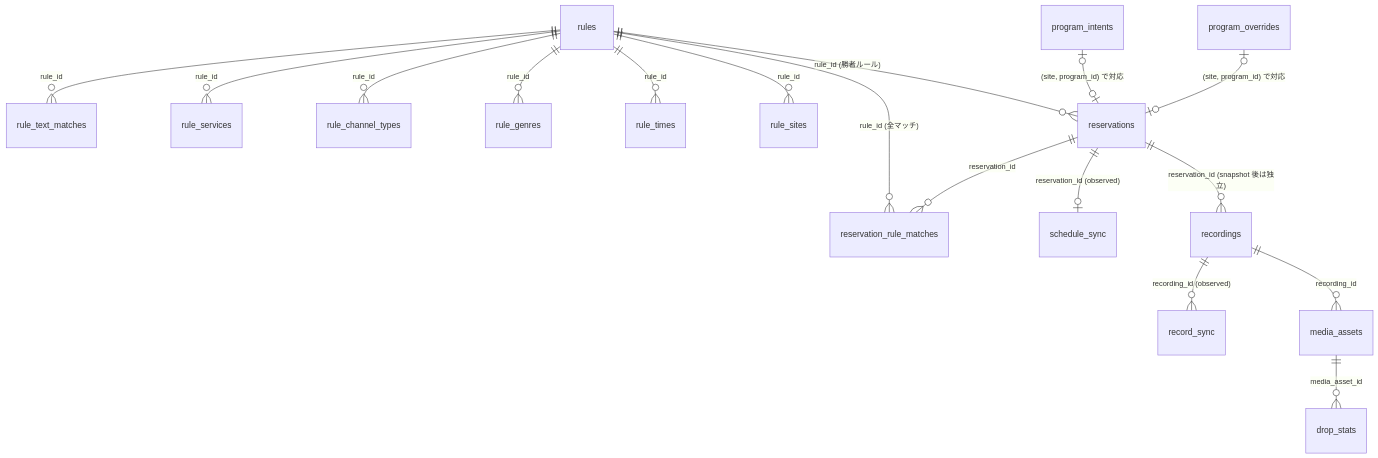
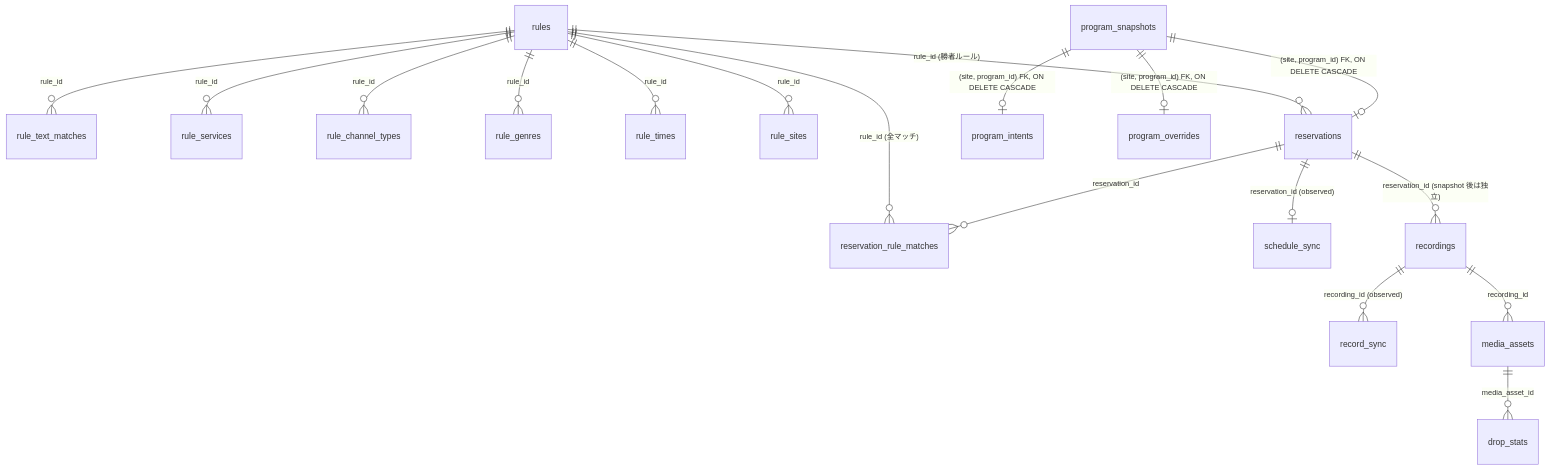
The diagram in docs/schema.md (fetburner/rokuban), drawn with Mermaid before and after one commit. The commit also changed other lines of this file and 12 other files, not shown here.

First line of the commit message:
docs: Phase 1（program_snapshots / orphaned_at）に docs を追従させる

````diff
--- a/docs/schema.md
+++ b/docs/schema.md
@@ -29,19 +29,20 @@
 ```mermaid
 erDiagram
     rules ||--o{ rule_text_matches : "rule_id"
     rules ||--o{ rule_services : "rule_id"
     rules ||--o{ rule_channel_types : "rule_id"
     rules ||--o{ rule_genres : "rule_id"
     rules ||--o{ rule_times : "rule_id"
     rules ||--o{ rule_sites : "rule_id"
     rules ||--o{ reservations : "rule_id (勝者ルール)"
     rules ||--o{ reservation_rule_matches : "rule_id (全マッチ)"
     reservations ||--o{ reservation_rule_matches : "reservation_id"
-    program_intents |o--o| reservations : "(site, program_id) で対応"
-    program_overrides |o--o| reservations : "(site, program_id) で対応"
+    program_snapshots ||--o| reservations : "(site, program_id) FK, ON DELETE CASCADE"
+    program_snapshots ||--o| program_intents : "(site, program_id) FK, ON DELETE CASCADE"
+    program_snapshots ||--o| program_overrides : "(site, program_id) FK, ON DELETE CASCADE"
     reservations ||--o| schedule_sync : "reservation_id (observed)"
     reservations ||--o{ recordings : "reservation_id (snapshot 後は独立)"
     recordings ||--o{ record_sync : "recording_id (observed)"
     recordings ||--o{ media_assets : "recording_id"
     media_assets ||--o{ drop_stats : "media_asset_id"
 ```
````
